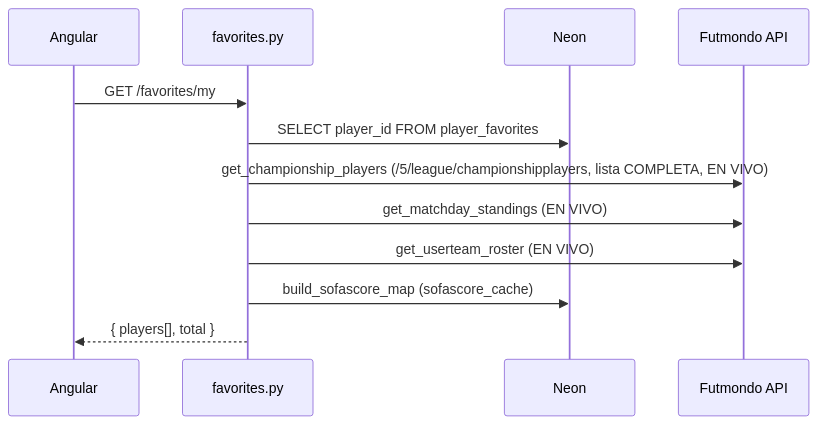
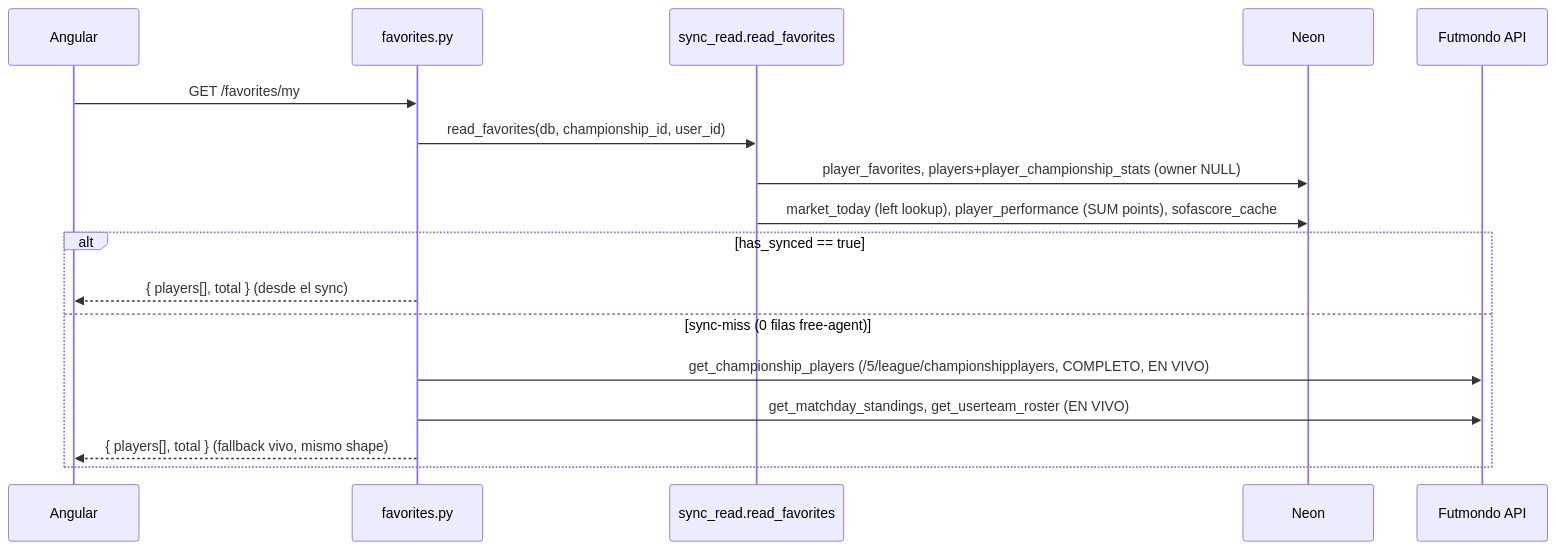
One commit to Mutinho/futmondo-analytics changed the fourth of 5 diagrams in aidlc/spaces/default/codekb/futmondo-analytics/architecture.md. Above: the diagram before and after it, drawn with Mermaid. The commit also changed other lines of this file and 47 other files, not shown here.

First line of the commit message:
chore(aidlc): artefactos del intent de enriquecimiento del sync (261023-sync-jugador-completo)

````diff
--- a/aidlc/spaces/default/codekb/futmondo-analytics/architecture.md
+++ b/aidlc/spaces/default/codekb/futmondo-analytics/architecture.md
@@ -111,14 +177,19 @@
 ```mermaid
 sequenceDiagram
   participant FE as Angular
   participant API as favorites.py
+  participant SR as sync_read.read_favorites
   participant DB as Neon
   participant FUT as Futmondo API
   FE->>API: GET /favorites/my
-  API->>DB: SELECT player_id FROM player_favorites
-  API->>FUT: get_championship_players (/5/league/championshipplayers, lista COMPLETA, EN VIVO)
-  API->>FUT: get_matchday_standings (EN VIVO)
-  API->>FUT: get_userteam_roster (EN VIVO)
-  API->>DB: build_sofascore_map (sofascore_cache)
-  API-->>FE: { players[], total }
+  API->>SR: read_favorites(db, championship_id, user_id)
+  SR->>DB: player_favorites, players+player_championship_stats (owner NULL)
+  SR->>DB: market_today (left lookup), player_performance (SUM points), sofascore_cache
+  alt has_synced == true
+    API-->>FE: { players[], total } (desde el sync)
+  else sync-miss (0 filas free-agent)
+    API->>FUT: get_championship_players (/5/league/championshipplayers, COMPLETO, EN VIVO)
+    API->>FUT: get_matchday_standings, get_userteam_roster (EN VIVO)
+    API-->>FE: { players[], total } (fallback vivo, mismo shape)
+  end
 ```
````
